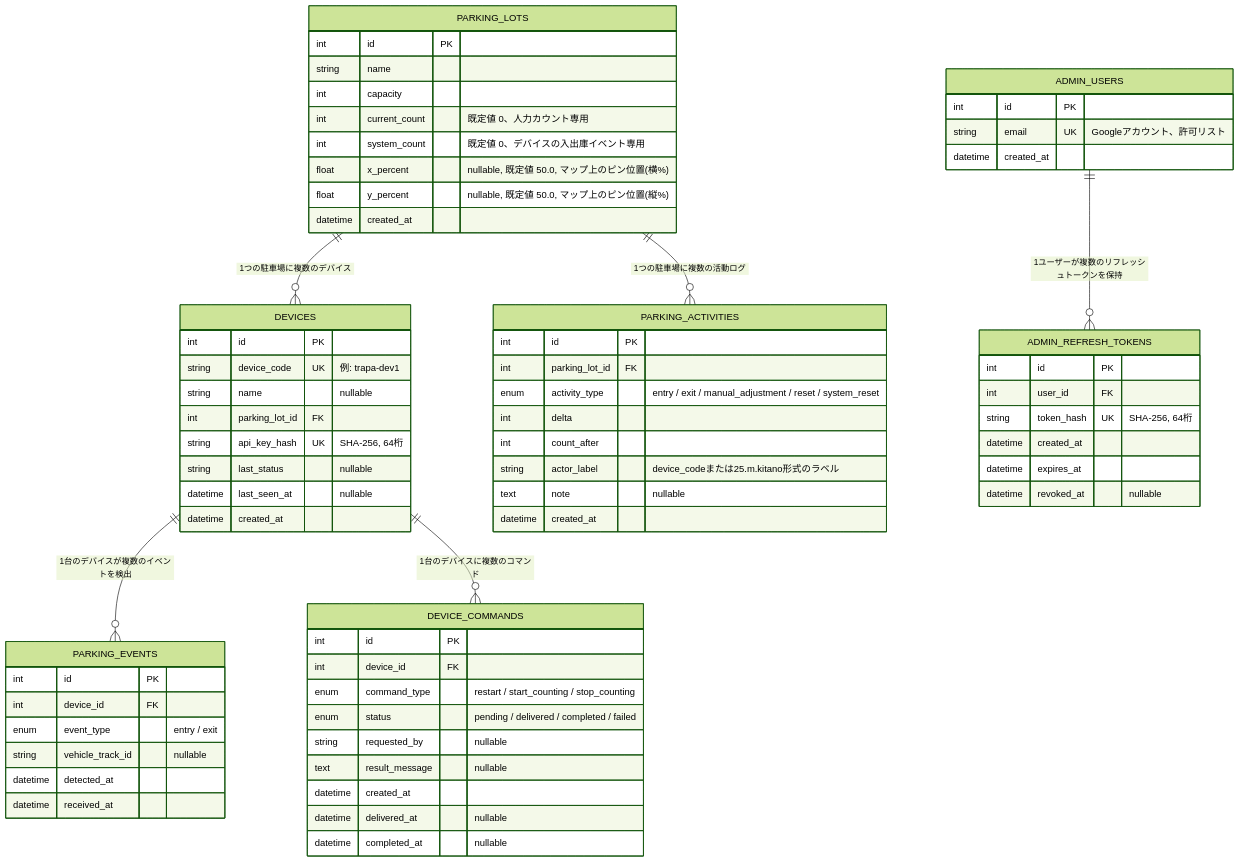
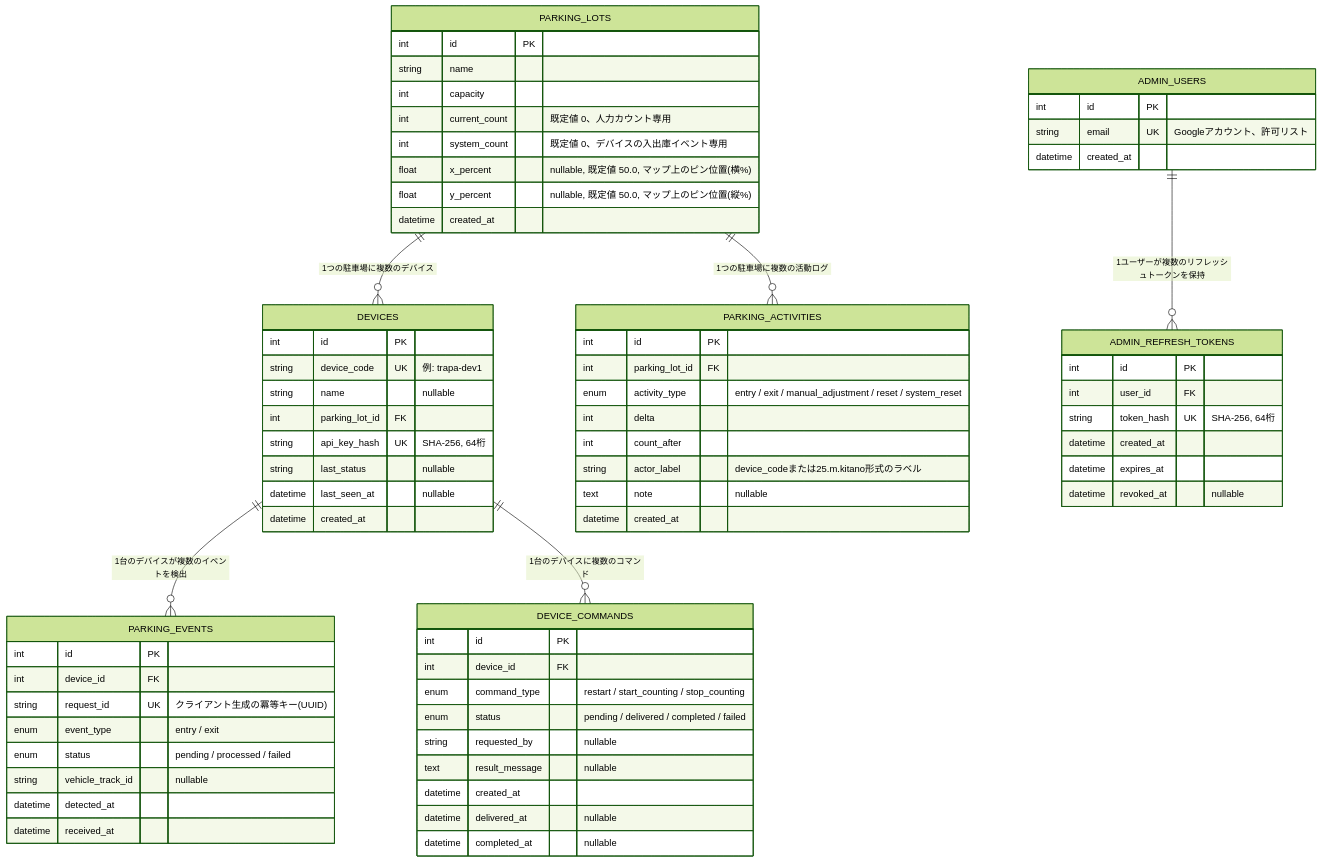
One commit to NUTFes/tracking-parking-api changed the diagram in docs/db-schema.md. Above: the diagram before and after it, drawn with Mermaid (forest theme). The commit also changed other lines of this file and 11 other files, not shown here.

````diff
--- a/docs/db-schema.md
+++ b/docs/db-schema.md
@@ -9,71 +9,73 @@
 ```mermaid
 erDiagram
     PARKING_LOTS ||--o{ DEVICES : "1つの駐車場に複数のデバイス"
     PARKING_LOTS ||--o{ PARKING_ACTIVITIES : "1つの駐車場に複数の活動ログ"
     DEVICES ||--o{ PARKING_EVENTS : "1台のデバイスが複数のイベントを検出"
     DEVICES ||--o{ DEVICE_COMMANDS : "1台のデバイスに複数のコマンド"
     ADMIN_USERS ||--o{ ADMIN_REFRESH_TOKENS : "1ユーザーが複数のリフレッシュトークンを保持"
 
     PARKING_LOTS {
         int id PK
         string name
         int capacity
         int current_count "既定値 0、人力カウント専用"
         int system_count "既定値 0、デバイスの入出庫イベント専用"
         float x_percent "nullable, 既定値 50.0, マップ上のピン位置(横%)"
         float y_percent "nullable, 既定値 50.0, マップ上のピン位置(縦%)"
         datetime created_at
     }
     DEVICES {
         int id PK
         string device_code UK "例: trapa-dev1"
         string name "nullable"
         int parking_lot_id FK
         string api_key_hash UK "SHA-256, 64桁"
         string last_status "nullable"
         datetime last_seen_at "nullable"
         datetime created_at
     }
     PARKING_EVENTS {
         int id PK
         int device_id FK
+        string request_id UK "クライアント生成の冪等キー(UUID)"
         enum event_type "entry / exit"
+        enum status "pending / processed / failed"
         string vehicle_track_id "nullable"
         datetime detected_at
         datetime received_at
     }
     DEVICE_COMMANDS {
         int id PK
         int device_id FK
         enum command_type "restart / start_counting / stop_counting"
         enum status "pending / delivered / completed / failed"
         string requested_by "nullable"
         text result_message "nullable"
         datetime created_at
         datetime delivered_at "nullable"
         datetime completed_at "nullable"
     }
     PARKING_ACTIVITIES {
         int id PK
         int parking_lot_id FK
         enum activity_type "entry / exit / manual_adjustment / reset / system_reset"
         int delta
         int count_after
         string actor_label "device_codeまたは25.m.kitano形式のラベル"
         text note "nullable"
         datetime created_at
     }
     ADMIN_USERS {
         int id PK
         string email UK "Googleアカウント、許可リスト"
         datetime created_at
     }
     ADMIN_REFRESH_TOKENS {
         int id PK
         int user_id FK
         string token_hash UK "SHA-256, 64桁"
         datetime created_at
         datetime expires_at
         datetime revoked_at "nullable"
     }
 ```
````
